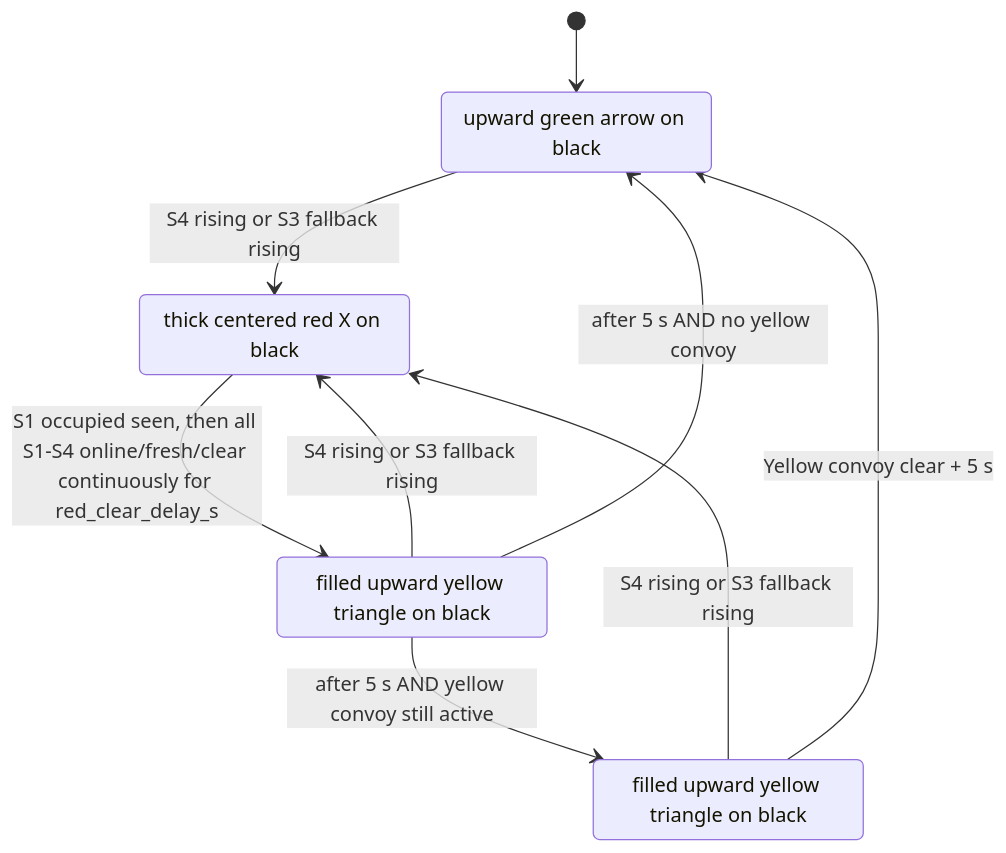
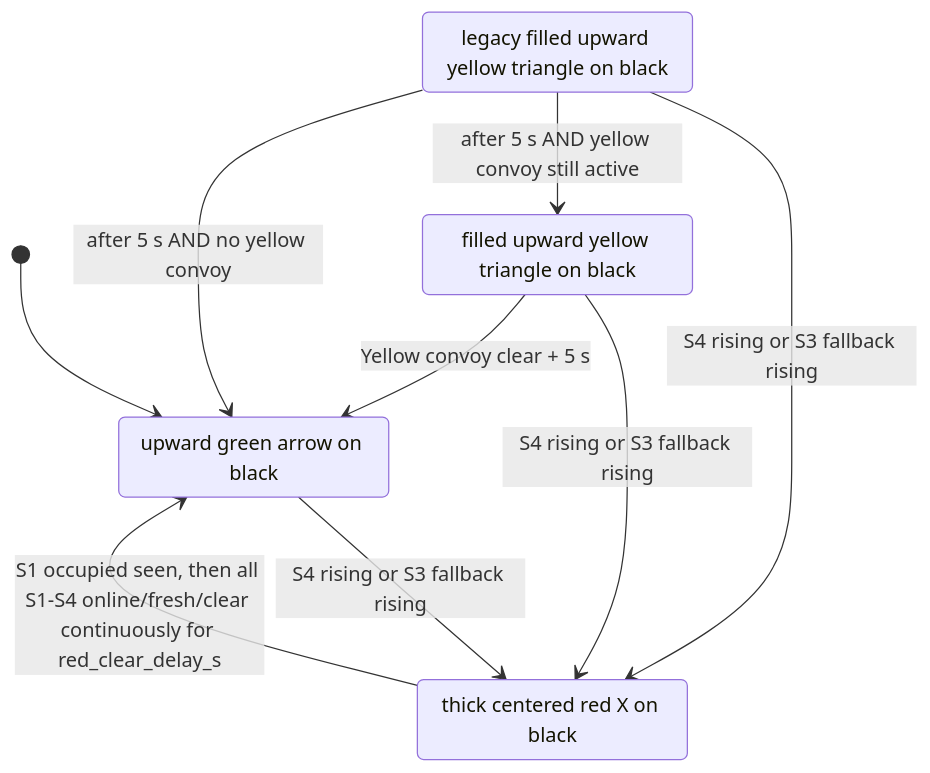
Before and after one commit to amrtdemdevteam/Auto_E_car_traffic_light: the second of 2 diagrams in docs/LOGIC.md, drawn with Mermaid. The commit also changed other lines of this file and 5 other files, not shown here.

Commit message:
feat: go green directly after red clear

````diff
--- a/docs/LOGIC.md
+++ b/docs/LOGIC.md
@@ -47,16 +47,16 @@
 ```mermaid
 stateDiagram-v2
     [*] --> IDLE
     IDLE: upward green arrow on black
     YELLOW: filled upward yellow triangle on black
     RED: thick centered red X on black
-    RETURN: filled upward yellow triangle on black
+    RETURN: legacy filled upward yellow triangle on black
 
     IDLE --> RED: S4 rising or S3 fallback rising
     YELLOW --> RED: S4 rising or S3 fallback rising
     RETURN --> RED: S4 rising or S3 fallback rising
     YELLOW --> IDLE: Yellow convoy clear + 5 s
-    RED --> RETURN: S1 occupied seen, then all S1-S4 online/fresh/clear continuously for red_clear_delay_s
+    RED --> IDLE: S1 occupied seen, then all S1-S4 online/fresh/clear continuously for red_clear_delay_s
     RETURN --> YELLOW: after 5 s AND yellow convoy still active
     RETURN --> IDLE: after 5 s AND no yellow convoy
 ```
````
